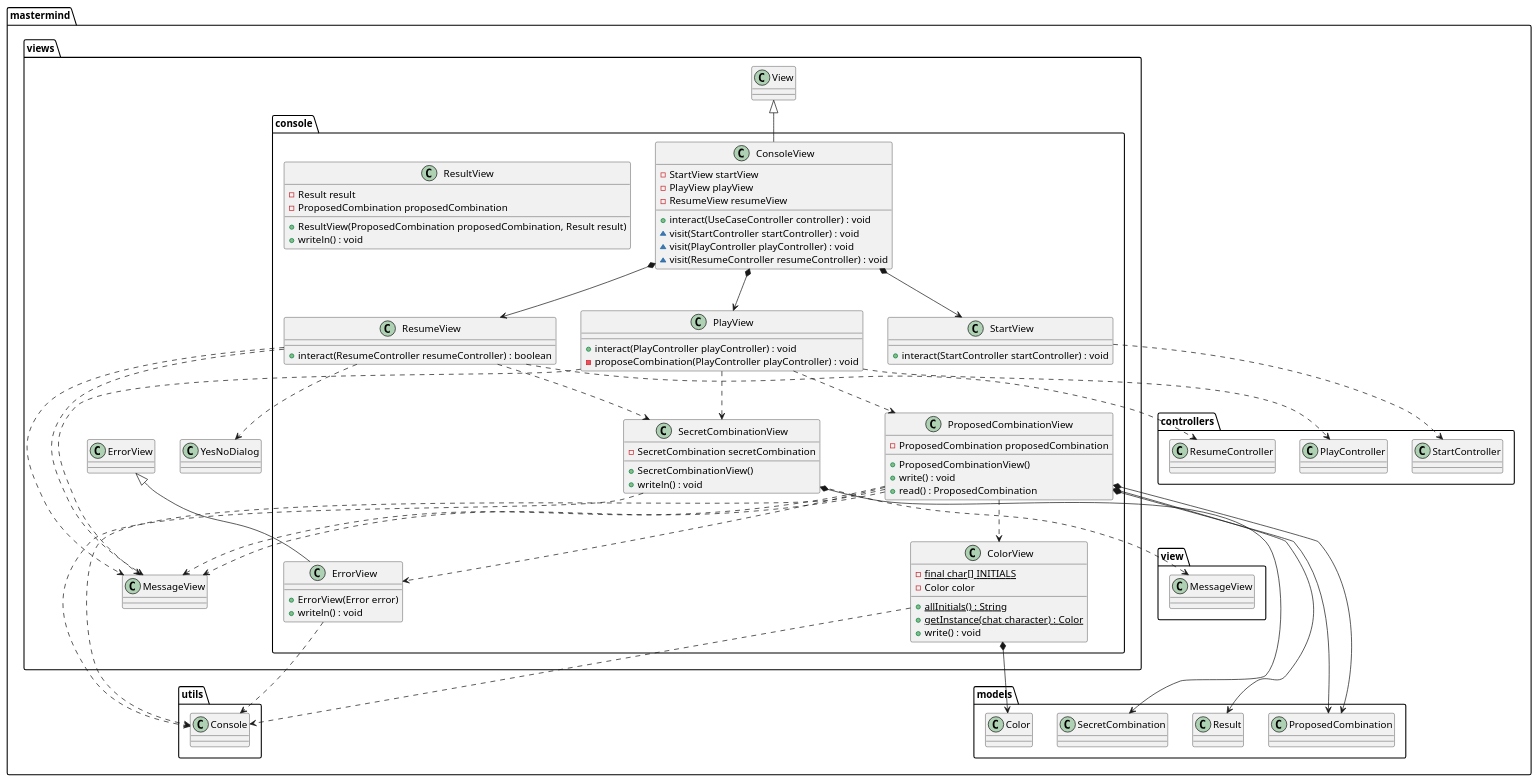
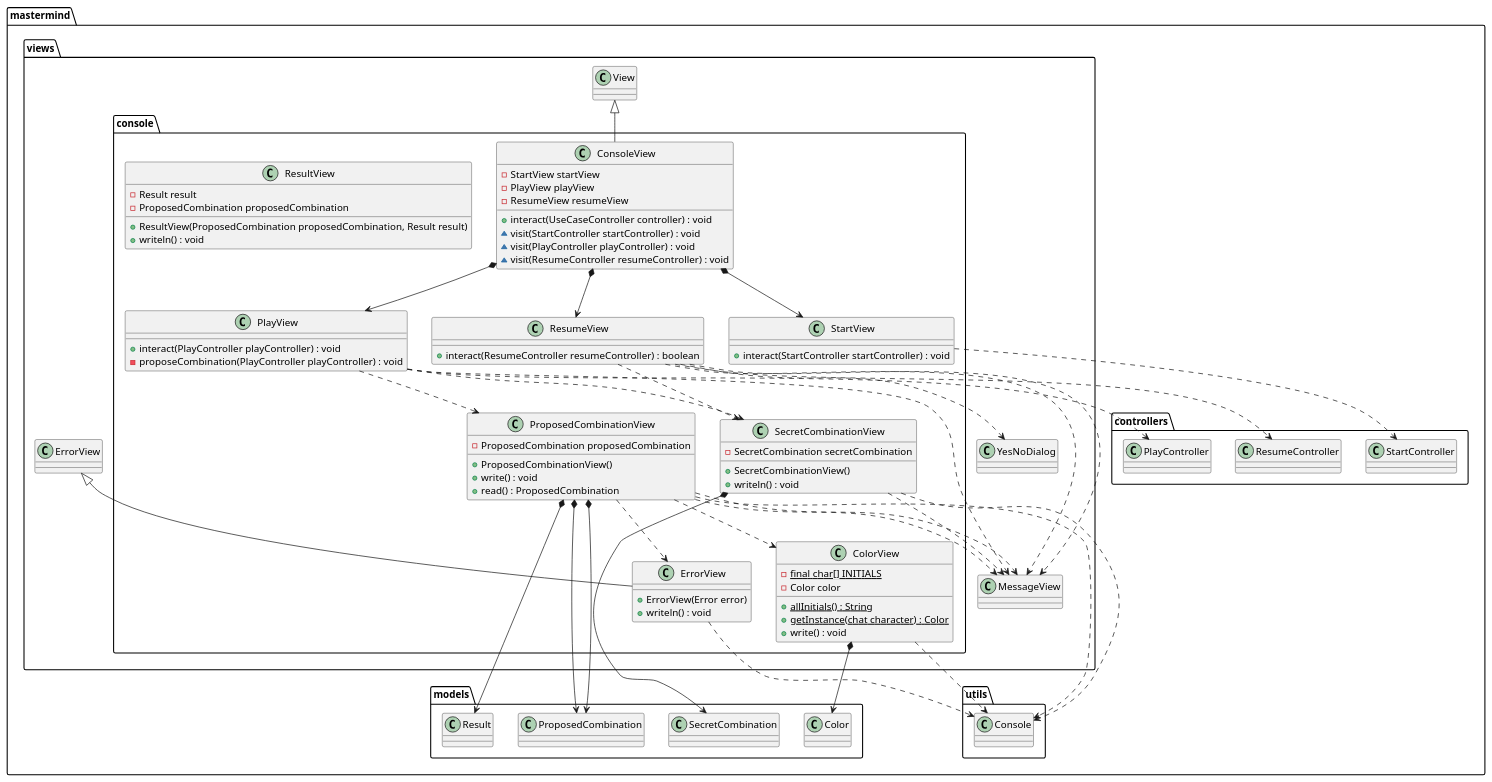
Before and after one commit to jprieto92/mastermind-withDoubleDispatching: the diagram in docs/paqueteMastermindViewsConsole.iuml, drawn with PlantUML.

Commit message:
Fix error in MessageView reference

```diff
--- a/docs/paqueteMastermindViewsConsole.iuml
+++ b/docs/paqueteMastermindViewsConsole.iuml
@@ -1,100 +1,100 @@
 @startuml
 
 class  mastermind.views.console.ColorView{
 - {static} final char[] INITIALS
 - Color color 
 
 + {static} allInitials() : String
 + {static} getInstance(chat character) : Color
 + write() : void
 }
 mastermind.views.console.ColorView *-down-> mastermind.models.Color
 mastermind.views.console.ColorView ..> mastermind.utils.Console
 
 class  mastermind.views.console.ConsoleView{
 - StartView startView
 - PlayView playView
 - ResumeView resumeView
 
 + interact(UseCaseController controller) : void
 ~ visit(StartController startController) : void
 ~ visit(PlayController playController) : void
 ~ visit(ResumeController resumeController) : void
 }
 mastermind.views.View <|-down- mastermind.views.console.ConsoleView
 mastermind.views.console.ConsoleView *-down-> mastermind.views.console.StartView
 mastermind.views.console.ConsoleView *-down-> mastermind.views.console.PlayView
 mastermind.views.console.ConsoleView *-down-> mastermind.views.console.ResumeView
 ' mastermind.views.console.View ..> mastermind.controllers.UseCaseController
 ' mastermind.views.console.View ..> mastermind.controllers.PlayController
 ' mastermind.views.console.View ..> mastermind.controllers.StartController
 ' mastermind.views.console.View ..> mastermind.controllers.ResumeController
 
 class  mastermind.views.console.ErrorView{
 + ErrorView(Error error)
 + writeln() : void
 }
 mastermind.views.ErrorView <|-down- mastermind.views.console.ErrorView
 ' mastermind.views.console.ErrorView ..> mastermind.models.Error
 mastermind.views.console.ErrorView ..> mastermind.utils.Console
 
 class  mastermind.views.console.PlayView{
 + interact(PlayController playController) : void
 - proposeCombination(PlayController playController) : void
 }
 mastermind.views.console.PlayView ..> mastermind.controllers.PlayController
 ' mastermind.views.console.PlayView ..> mastermind.models.ProposedCombination
 mastermind.views.console.PlayView ..> mastermind.views.MessageView
 mastermind.views.console.PlayView ..> mastermind.views.console.SecretCombinationView
 mastermind.views.console.PlayView ..> mastermind.views.console.ProposedCombinationView
 
 class  mastermind.views.console.ProposedCombinationView{
 - ProposedCombination proposedCombination
 
 + ProposedCombinationView()
 + write() : void
 + read() : ProposedCombination
 }
 mastermind.views.console.ProposedCombinationView *-down-> mastermind.models.ProposedCombination
 ' mastermind.views.console.ProposedCombinationView ..> mastermind.models.Color
 mastermind.views.console.ProposedCombinationView ..> mastermind.utils.Console
 mastermind.views.console.ProposedCombinationView ..> mastermind.views.console.ErrorView
 mastermind.views.console.ProposedCombinationView ..> mastermind.views.MessageView
 
 class  mastermind.views.console.ResultView{
 - Result result
 - ProposedCombination proposedCombination
 
 + ResultView(ProposedCombination proposedCombination, Result result)
 + writeln() : void
 }
 mastermind.views.console.ProposedCombinationView *-down-> mastermind.models.ProposedCombination
 mastermind.views.console.ProposedCombinationView *-down-> mastermind.models.Result
 mastermind.views.console.ProposedCombinationView ..> mastermind.views.console.ColorView
 mastermind.views.console.ProposedCombinationView ..> mastermind.views.MessageView
 
 class  mastermind.views.console.ResumeView{
 + interact(ResumeController resumeController) : boolean
 }
 mastermind.views.console.ResumeView ..> mastermind.controllers.ResumeController
 mastermind.views.console.ResumeView ..> mastermind.views.YesNoDialog
 mastermind.views.console.ResumeView ..> mastermind.views.MessageView
 
 class  mastermind.views.console.SecretCombinationView{
 - SecretCombination secretCombination
 
 + SecretCombinationView()
 + writeln() : void
 }
 mastermind.views.console.SecretCombinationView *-down-> mastermind.models.SecretCombination
 mastermind.views.console.SecretCombinationView ..> mastermind.utils.Console
-mastermind.views.console.SecretCombinationView ..> mastermind.view.MessageView
+mastermind.views.console.SecretCombinationView ..> mastermind.views.MessageView
 
 class  mastermind.views.console.StartView{
 + interact(StartController startController) : void
 }
 mastermind.views.console.StartView ..> mastermind.controllers.StartController
 mastermind.views.console.ResumeView ..> mastermind.views.MessageView
 mastermind.views.console.ResumeView ..> mastermind.views.console.SecretCombinationView
 
 @enduml
```
